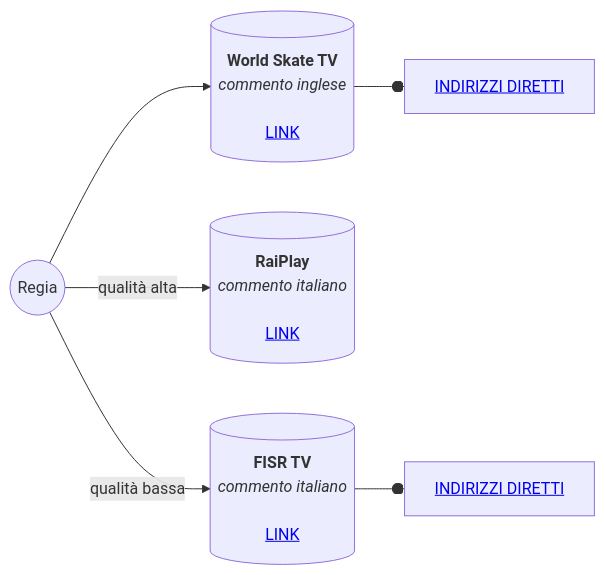
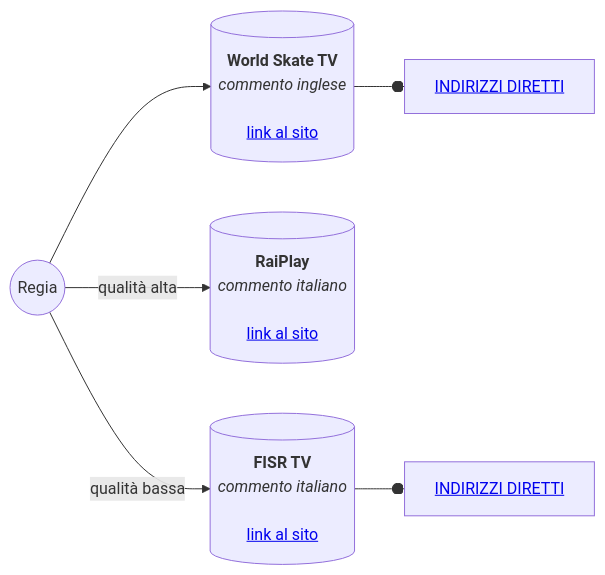
One commit to aiBR3/WSG2024-video changed the diagram in README.md. Above: the diagram before and after it, drawn with Mermaid.

````diff
--- a/README.md
+++ b/README.md
@@ -3,8 +3,8 @@
 ```mermaid
 flowchart LR
-    Regia((Regia)) --> WSG[("<strong>World Skate TV</strong><br><i>commento inglese</i><br><br><a href="https://worldskate.tv/world-skate-games/wsg-2024/wsg-inline-speed-2024" target="_blank">LINK</a>")]
-    Regia -- qualità alta --> Rai[("<strong>RaiPlay</strong><br><i>commento italiano</i><br><br><a href="https://www.raiplay.it/guidatv?channel=rai-sport" target="_blank">LINK</a>")]
-    Regia -- qualità bassa --> FISR[("<strong>FISR TV</strong><br><i>commento italiano</i><br><br><a href="https://fisrtv.it/" target="_blank">LINK</a>")]
+    Regia((Regia)) --> WSG[("<strong>World Skate TV</strong><br><i>commento inglese</i><br><br><a href="https://worldskate.tv/world-skate-games/wsg-2024/wsg-inline-speed-2024" target="_blank">link al sito</a>")]
+    Regia -- qualità alta --> Rai[("<strong>RaiPlay</strong><br><i>commento italiano</i><br><br><a href="https://www.raiplay.it/guidatv?channel=rai-sport" target="_blank">link al sito</a>")]
+    Regia -- qualità bassa --> FISR[("<strong>FISR TV</strong><br><i>commento italiano</i><br><br><a href="https://fisrtv.it/" target="_blank">link al sito</a>")]
     WSG --o WSG1["<a href="https://github.com/aiBR3/WSG2024-video#world-skate-tv">INDIRIZZI DIRETTI</a>"]
     FISR --o FISR1["<a href="https://github.com/aiBR3/WSG2024-video#fisr-tv---2024-09-13-0815-pista">INDIRIZZI DIRETTI</a>"]
 ```
````
